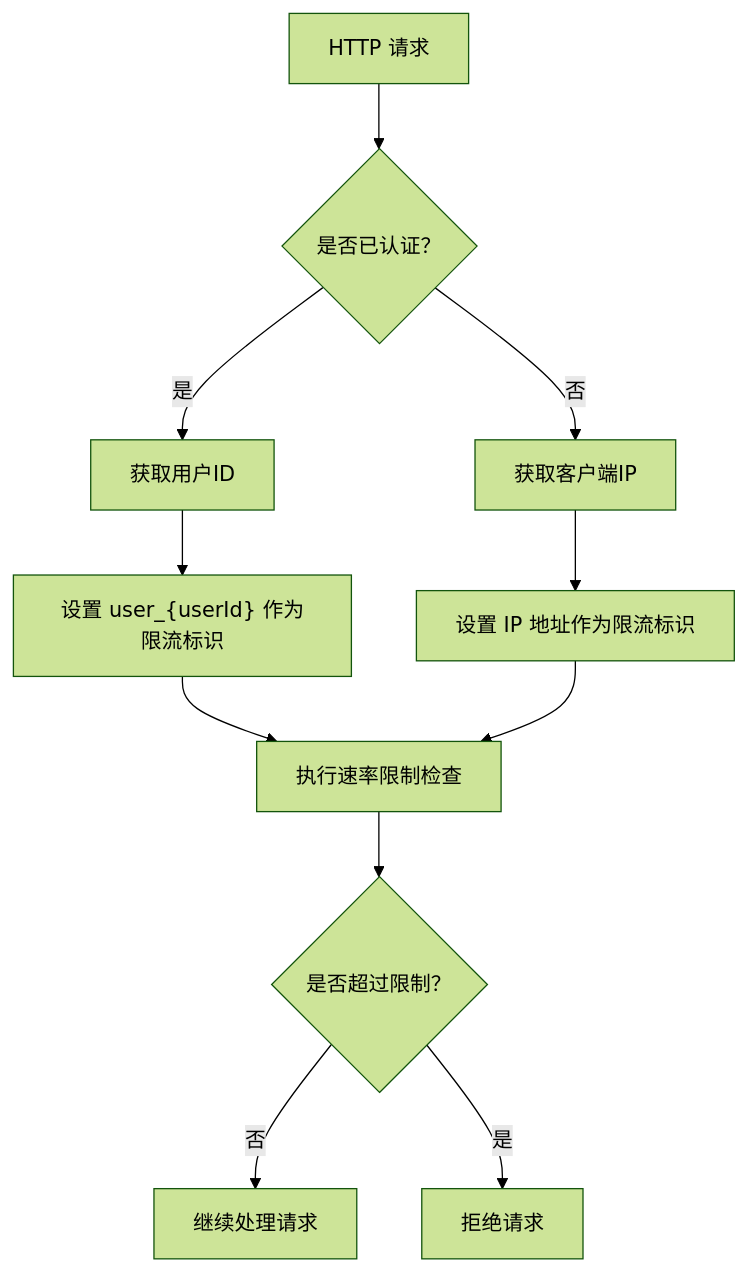
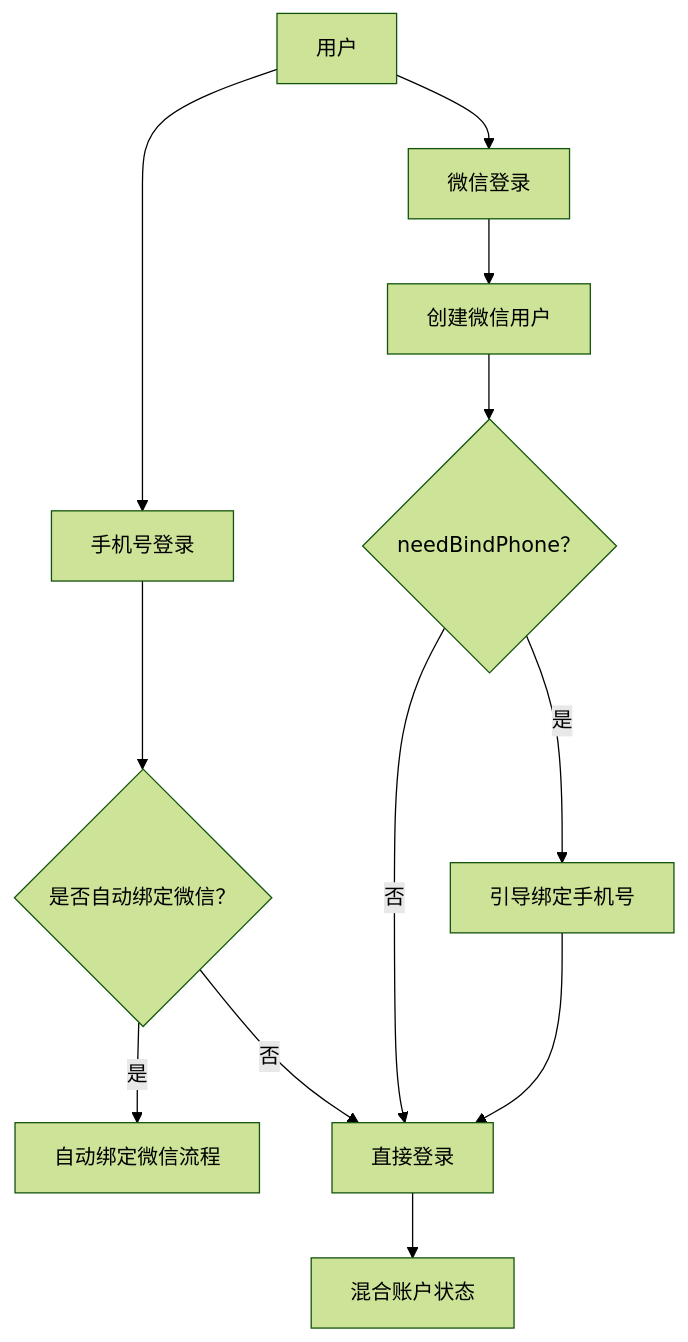
One commit to lsqwawa/free-dress changed the tenth of 15 diagrams in .qoder/repowiki/zh/content/后端开发指南/核心模块详解/认证模块.md. Above: the diagram before and after it, drawn with Mermaid (forest theme). The commit also changed other lines of this file and 71 other files, not shown here.

````diff
--- a/.qoder/repowiki/zh/content/后端开发指南/核心模块详解/认证模块.md
+++ b/.qoder/repowiki/zh/content/后端开发指南/核心模块详解/认证模块.md
@@ -365,13 +485,14 @@
 ```mermaid
 flowchart TD
-Request["HTTP 请求"] --> CheckAuth{"是否已认证？"}
-CheckAuth --> |是| GetUser["获取用户ID"]
-GetUser --> SetUserId["设置 user_{userId} 作为限流标识"]
-CheckAuth --> |否| GetIp["获取客户端IP"]
-GetIp --> SetIp["设置 IP 地址作为限流标识"]
-SetUserId --> RateLimit["执行速率限制检查"]
-SetIp --> RateLimit
-RateLimit --> Allow{"是否超过限制？"}
-Allow --> |否| Next["继续处理请求"]
-Allow --> |是| Block["拒绝请求"]
+User["用户"] --> PhoneLogin["手机号登录"]
+User --> WechatLogin["微信登录"]
+PhoneLogin --> AutoBind{"是否自动绑定微信？"}
+AutoBind --> |是| AutoBindProcess["自动绑定微信流程"]
+AutoBind --> |否| DirectLogin["直接登录"]
+WechatLogin --> CreateAccount["创建微信用户"]
+CreateAccount --> NeedBindPhone{"needBindPhone？"}
+NeedBindPhone --> |是| BindPhone["引导绑定手机号"]
+NeedBindPhone --> |否| DirectLogin
+BindPhone --> DirectLogin
+DirectLogin --> MixedAccount["混合账户状态"]
 ```
````
